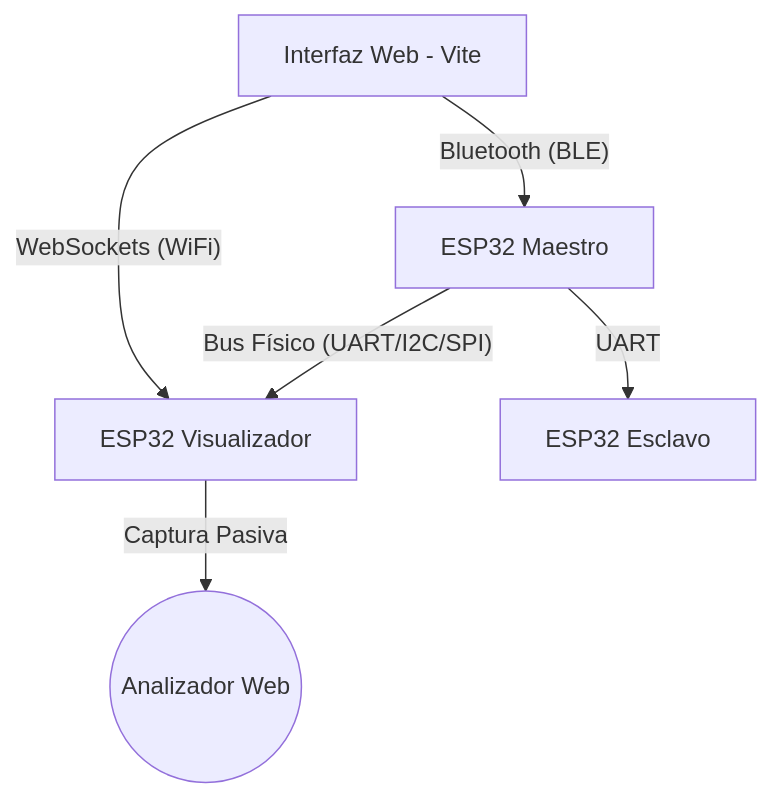
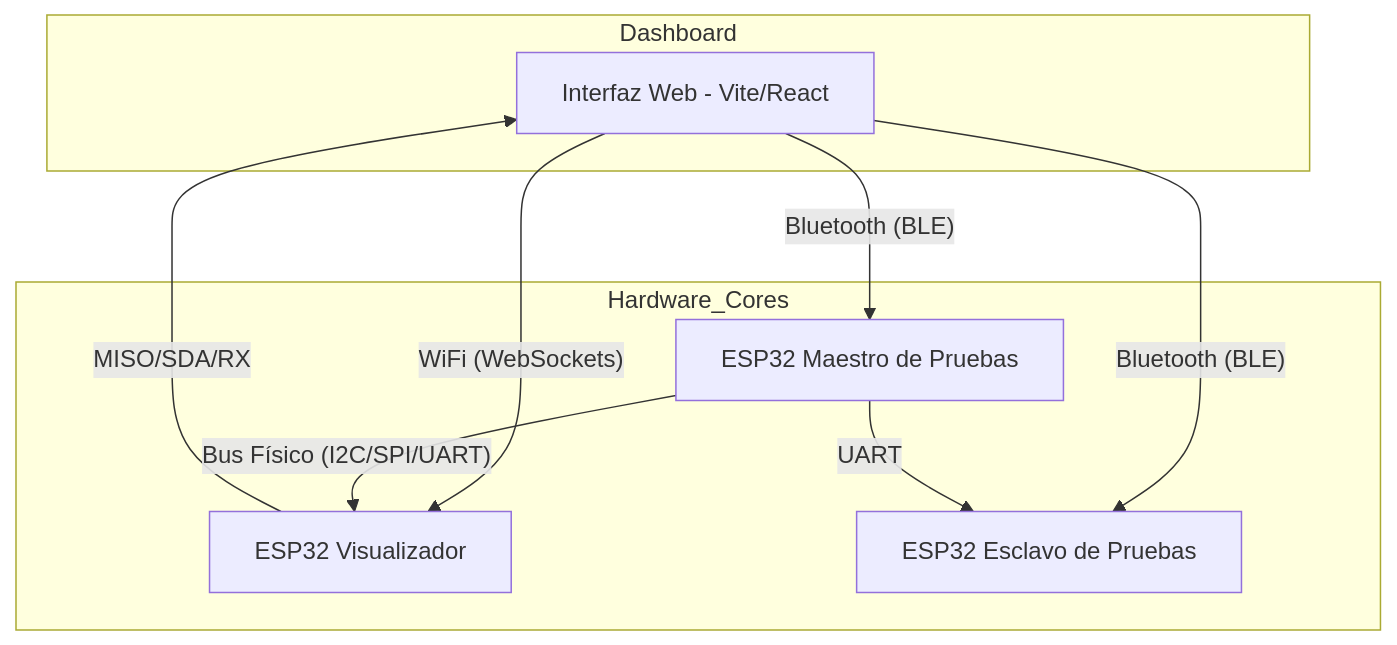
Before and after one commit to lupi5440/SerialScope: the diagram in README.md, drawn with Mermaid. The commit also changed other lines of this file, not shown here.

````diff
--- a/README.md
+++ b/README.md
@@ -15,8 +15,20 @@
 ```mermaid
 graph TD
-    A[Interfaz Web - Vite] -- "WebSockets (WiFi)" --> B[ESP32 Visualizador]
-    A -- "Bluetooth (BLE)" --> C[ESP32 Maestro]
-    C -- "Bus Físico (UART/I2C/SPI)" --> B
-    C -- "UART" --> D[ESP32 Esclavo]
-    B -- "Captura Pasiva" --> E((Analizador Web))
+    subgraph Dashboard
+        WEB[Interfaz Web - Vite/React]
+    end
+
+    subgraph Hardware_Cores
+        VIS[ESP32 Visualizador]
+        MST[ESP32 Maestro de Pruebas]
+        SLV[ESP32 Esclavo de Pruebas]
+    end
+
+    WEB -- "WiFi (WebSockets)" --> VIS
+    WEB -- "Bluetooth (BLE)" --> MST
+    WEB -- "Bluetooth (BLE)" --> SLV
+
+    MST -- "Bus Físico (I2C/SPI/UART)" --> VIS
+    VIS -- "MISO/SDA/RX" --> WEB
+    MST -- "UART" --> SLV
 ```
````
